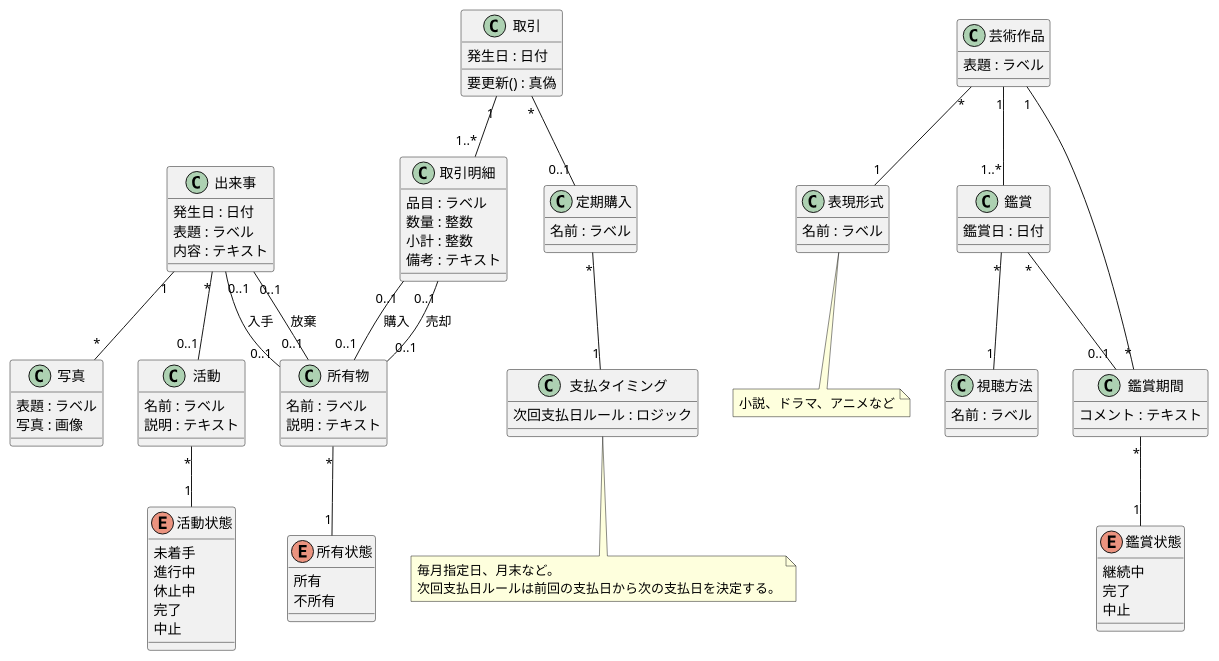
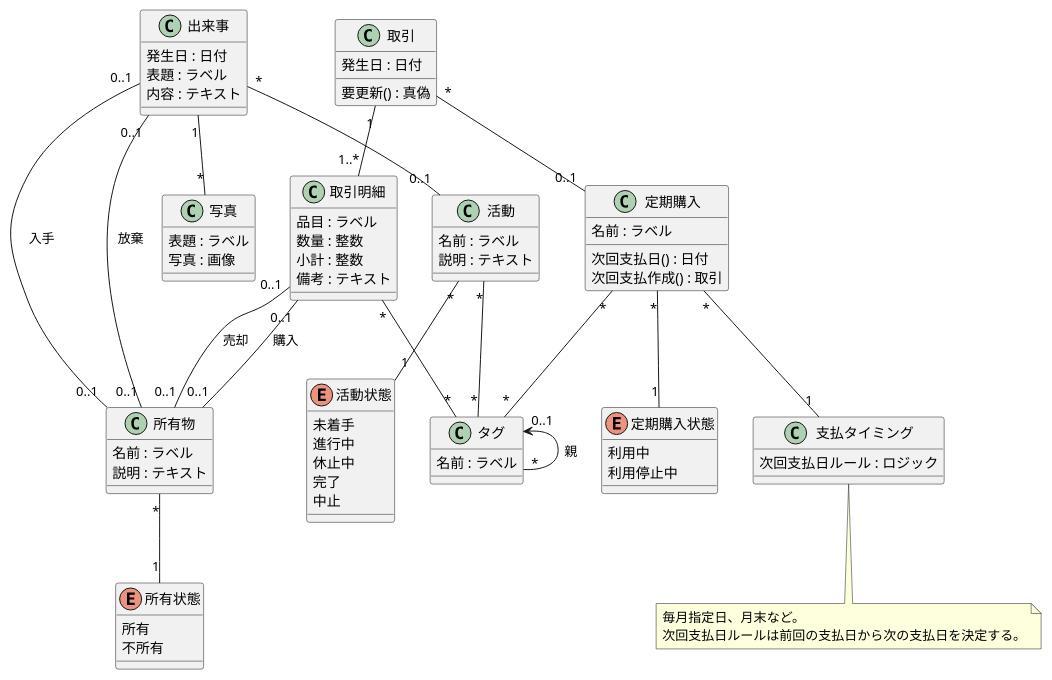
The first of 14 diagrams in doc/source/entity/index.rst (solidcopy/pridia), drawn with PlantUML before and after one commit. The commit also changed other lines of this file, not shown here.

Commit message:
#705 論理データ型、オブジェクト図を作成

```diff
--- a/doc/source/entity/index.rst
+++ b/doc/source/entity/index.rst
@@ -31,40 +35,6 @@
    }
    活動 "*" -- "1" 活動状態
 
-   class 芸術作品 {
-     表題 : ラベル
-   }
-
-   class 鑑賞 {
-     鑑賞日 : 日付
-   }
-   芸術作品 "1" -- "1..*" 鑑賞
-
-   class 視聴方法 {
-     名前 : ラベル
-   }
-   鑑賞 "*" -- "1" 視聴方法
-
-   class 表現形式 {
-     名前 : ラベル
-   }
-   芸術作品 "*" -- "1" 表現形式
-   note "小説、ドラマ、アニメなど" as 表現形式コメント
-   表現形式 .. 表現形式コメント
-
-   class 鑑賞期間 {
-     コメント : テキスト
-   }
-   芸術作品 "1" -- "*" 鑑賞期間
-   鑑賞 "*" -- "0..1" 鑑賞期間
-
-   enum 鑑賞状態 {
-     継続中
-     完了
-     中止
-   }
-   鑑賞期間 "*" -- "1" 鑑賞状態
-
    class 取引 {
      発生日 : 日付
      要更新() : 真偽
@@ -80,8 +50,16 @@
 
    class 定期購入 {
      名前 : ラベル
+     次回支払日() : 日付
+     次回支払作成() : 取引
    }
    取引 "*" -- "0..1" 定期購入
+
+   enum 定期購入状態 {
+     利用中
+     利用停止中
+   }
+   定期購入 "*" -- "1" 定期購入状態
 
    class 支払タイミング {
      次回支払日ルール : ロジック
@@ -104,3 +82,11 @@
      不所有
    }
    所有物 "*" -- "1" 所有状態
+
+   class タグ {
+     名前 : ラベル
+   }
+   タグ "0..1" <-- "*" タグ : 親
+   活動 "*" -- "*" タグ
+   取引明細 "*" -- "*" タグ
+   定期購入 "*" -- "*" タグ
```
